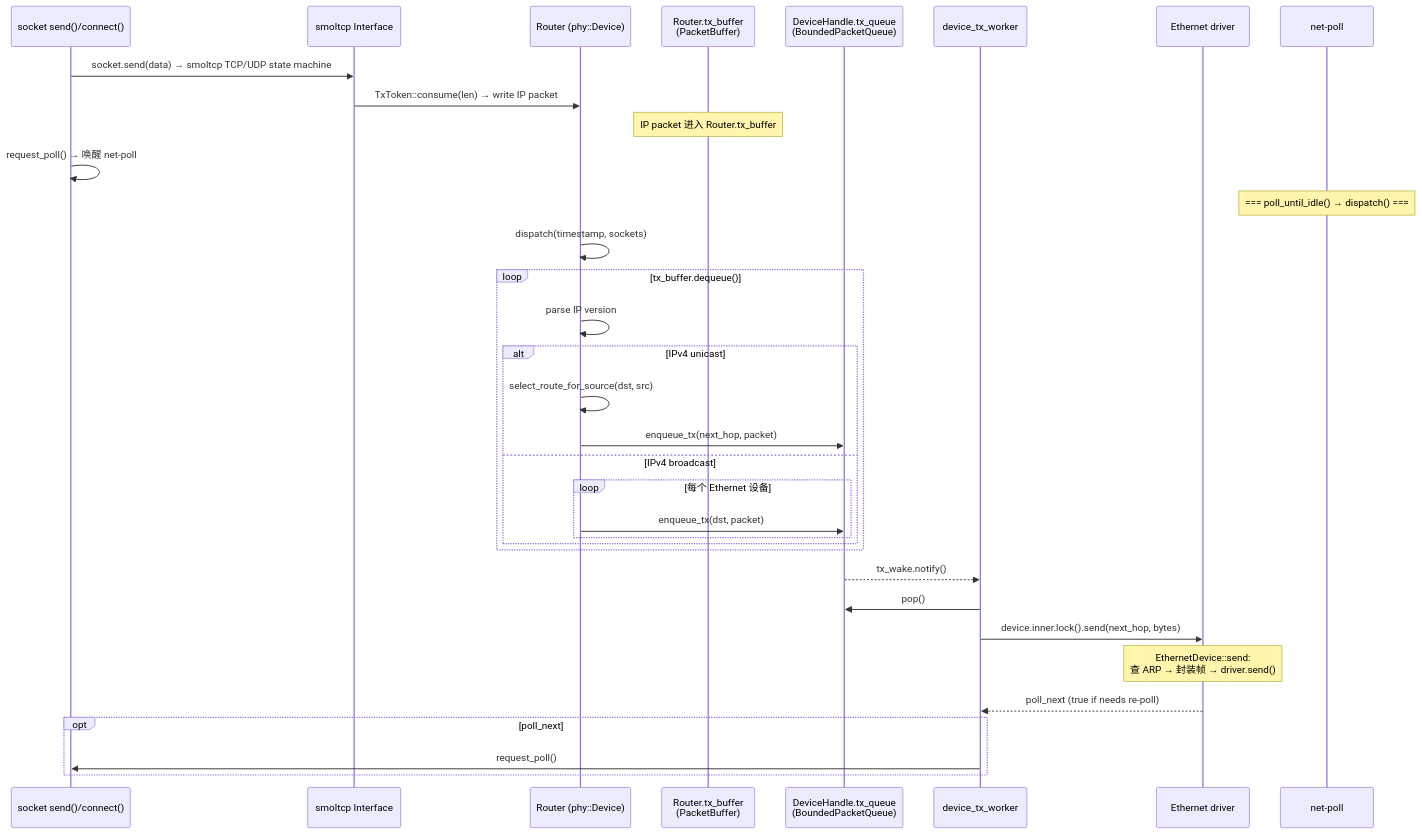
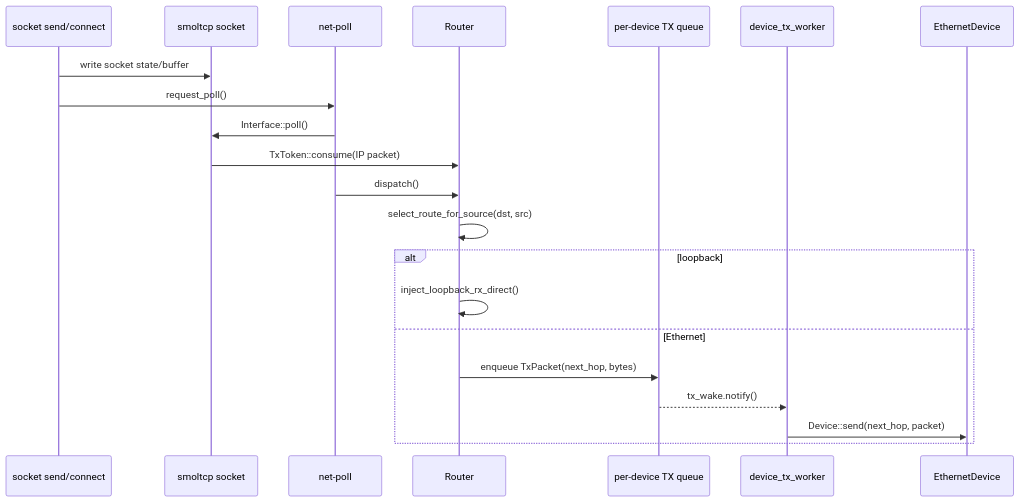
Before and after one commit to rcore-os/tgoskits: the fourth of 4 diagrams in docs/docs/architecture/net/flows.md, drawn with Mermaid. The commit also changed other lines of this file and 8 other files, not shown here.

Commit message:
docs(net): rewrite architecture docs with design boundaries, source mappings, and expanded test matrix

````diff
--- a/docs/docs/architecture/net/flows.md
+++ b/docs/docs/architecture/net/flows.md
@@ -297,36 +255,24 @@
 ```mermaid
 sequenceDiagram
-    participant App as socket send()/connect()
-    participant Smol as smoltcp Interface
-    participant Router as Router (phy::Device)
-    participant RouterTx as Router.tx_buffer<br/>(PacketBuffer)
-    participant TxQ as DeviceHandle.tx_queue<br/>(BoundedPacketQueue)
+    participant App as socket send/connect
+    participant Smol as smoltcp socket
+    participant Poll as net-poll
+    participant Router as Router
+    participant TxQ as per-device TX queue
     participant TxW as device_tx_worker
-    participant Dev as Ethernet driver
+    participant Dev as EthernetDevice
 
-    App->>Smol: socket.send(data) → smoltcp TCP/UDP state machine
-    Smol->>Router: TxToken::consume(len) → write IP packet
-    Note over RouterTx: IP packet 进入 Router.tx_buffer
-    App->>App: request_poll() → 唤醒 net-poll
-    Note over net-poll: === poll_until_idle() → dispatch() ===
-    Router->>Router: dispatch(timestamp, sockets)
-    loop tx_buffer.dequeue()
-        Router->>Router: parse IP version
-        alt IPv4 unicast
-            Router->>Router: select_route_for_source(dst, src)
-            Router->>TxQ: enqueue_tx(next_hop, packet)
-        else IPv4 broadcast
-            loop 每个 Ethernet 设备
-                Router->>TxQ: enqueue_tx(dst, packet)
-            end
-        end
-    end
-    TxQ-->>TxW: tx_wake.notify()
-    TxW->>TxQ: pop()
-    TxW->>Dev: device.inner.lock().send(next_hop, bytes)
-    Note over Dev: EthernetDevice::send:<br/>查 ARP → 封装帧 → driver.send()
-    Dev-->>TxW: poll_next (true if needs re-poll)
-    opt poll_next
-        TxW->>App: request_poll()
+    App->>Smol: write socket state/buffer
+    App->>Poll: request_poll()
+    Poll->>Smol: Interface::poll()
+    Smol->>Router: TxToken::consume(IP packet)
+    Poll->>Router: dispatch()
+    Router->>Router: select_route_for_source(dst, src)
+    alt loopback
+        Router->>Router: inject_loopback_rx_direct()
+    else Ethernet
+        Router->>TxQ: enqueue TxPacket(next_hop, bytes)
+        TxQ-->>TxW: tx_wake.notify()
+        TxW->>Dev: Device::send(next_hop, packet)
     end
 ```
````
